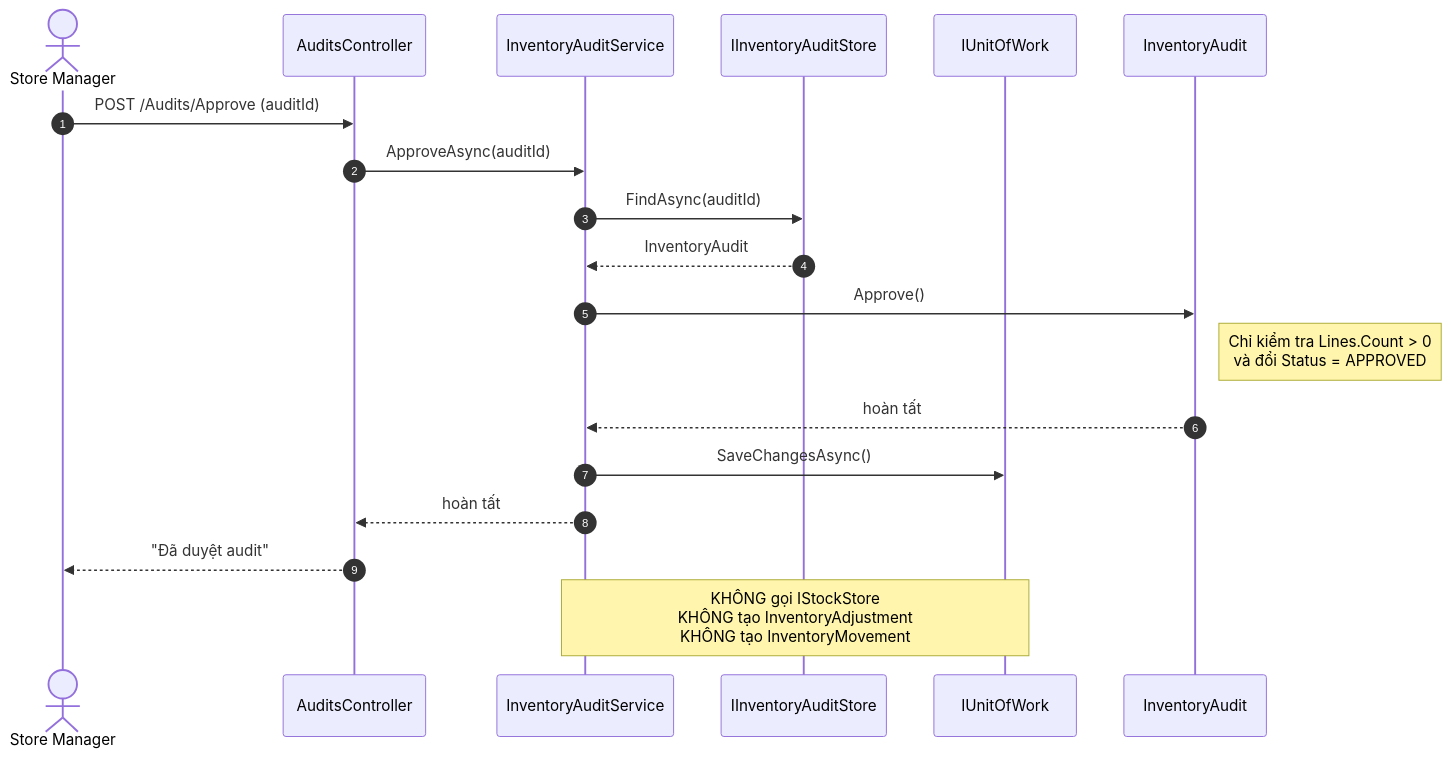
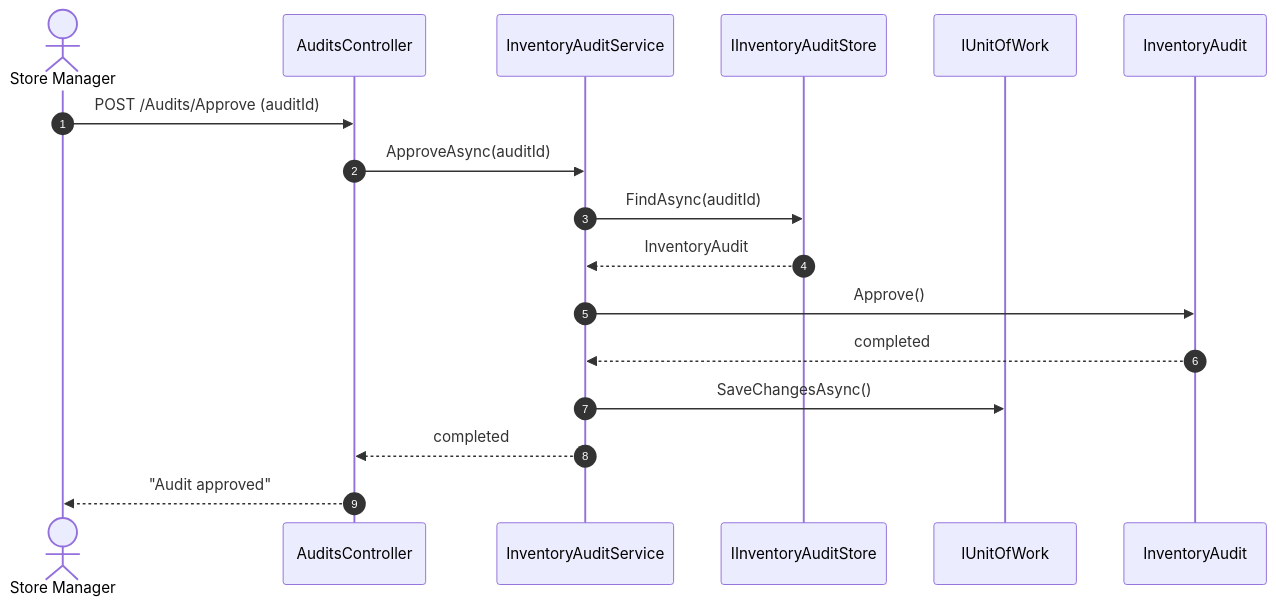
One commit to swd392-group-1/swd392-sales-management-system changed the diagram in docs/diagrams/kiet-sequence-audit.mmd. Above: the diagram before and after it, drawn with Mermaid. The commit also changed 12 other files, not shown here.

First line of the commit message:
Translate diagrams to English and drop sequence notes

```diff
--- a/docs/diagrams/kiet-sequence-audit.mmd
+++ b/docs/diagrams/kiet-sequence-audit.mmd
@@ -1,21 +1,18 @@
 sequenceDiagram
     autonumber
     actor Manager as Store Manager
     participant C as AuditsController
     participant S as InventoryAuditService
     participant AS as IInventoryAuditStore
     participant U as IUnitOfWork
     participant A as InventoryAudit
 
     Manager->>C: POST /Audits/Approve (auditId)
     C->>S: ApproveAsync(auditId)
     S->>AS: FindAsync(auditId)
     AS-->>S: InventoryAudit
     S->>A: Approve()
-    Note right of A: Chỉ kiểm tra Lines.Count > 0<br/>và đổi Status = APPROVED
-    A-->>S: hoàn tất
+    A-->>S: completed
     S->>U: SaveChangesAsync()
-    S-->>C: hoàn tất
-    C-->>Manager: "Đã duyệt audit"
-
-    Note over S,U: KHÔNG gọi IStockStore<br/>KHÔNG tạo InventoryAdjustment<br/>KHÔNG tạo InventoryMovement
+    S-->>C: completed
+    C-->>Manager: "Audit approved"
```
